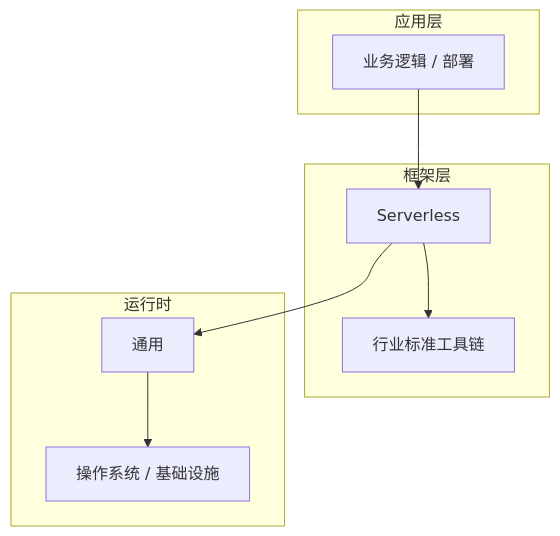
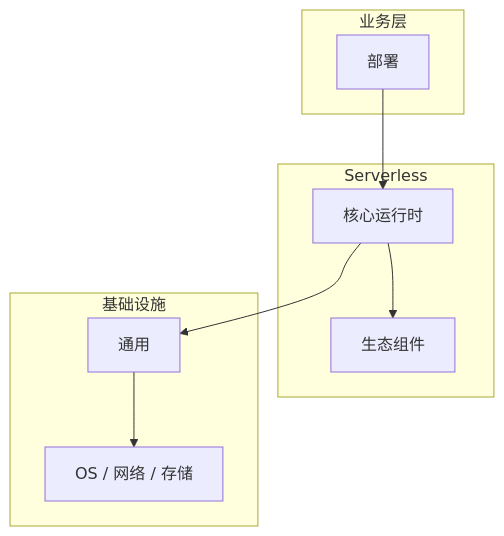
One commit to yanggan2015/knowledge-json-v2 changed the diagram in articles/Serverless/chapters/056-部署核心概念与原理.md. Above: the diagram before and after it, drawn with Mermaid. The commit also changed other lines of this file and 10127 other files, not shown here.

````diff
--- a/articles/Serverless/chapters/056-部署核心概念与原理.md
+++ b/articles/Serverless/chapters/056-部署核心概念与原理.md
@@ -45,18 +34,18 @@
 ```mermaid
 graph TB
-    subgraph 应用层
-        A[业务逻辑 / 部署]
+    subgraph 业务层
+        A[部署]
     end
-    subgraph 框架层
-        B[Serverless]
-        C[行业标准工具链]
+    subgraph Serverless
+        B[核心运行时]
+        C[生态组件]
     end
-    subgraph 运行时
+    subgraph 基础设施
         D[通用]
-        E[操作系统 / 基础设施]
+        E[OS / 网络 / 存储]
     end
     A --> B
     B --> C
     B --> D
     D --> E
 ```
````
